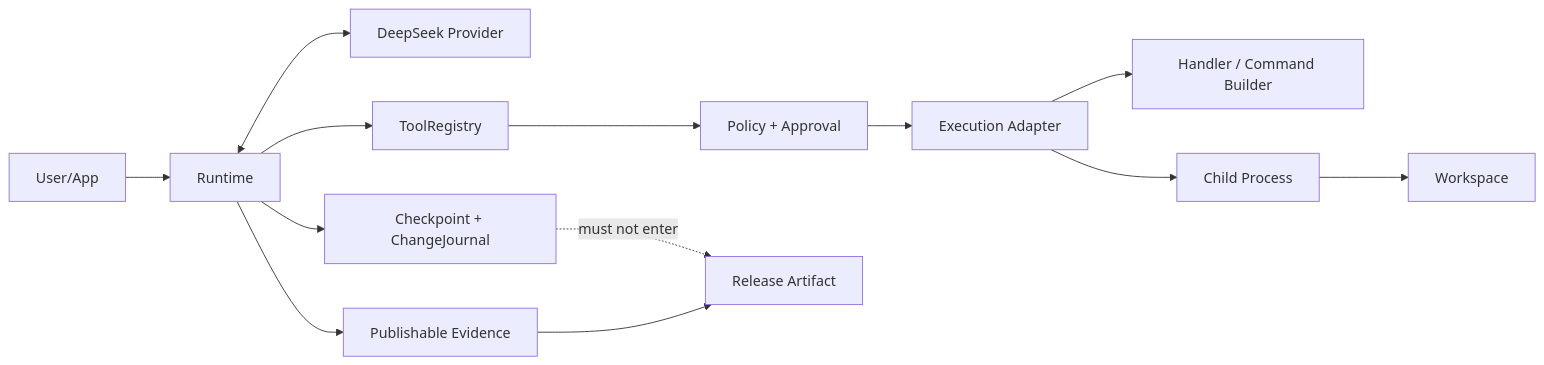
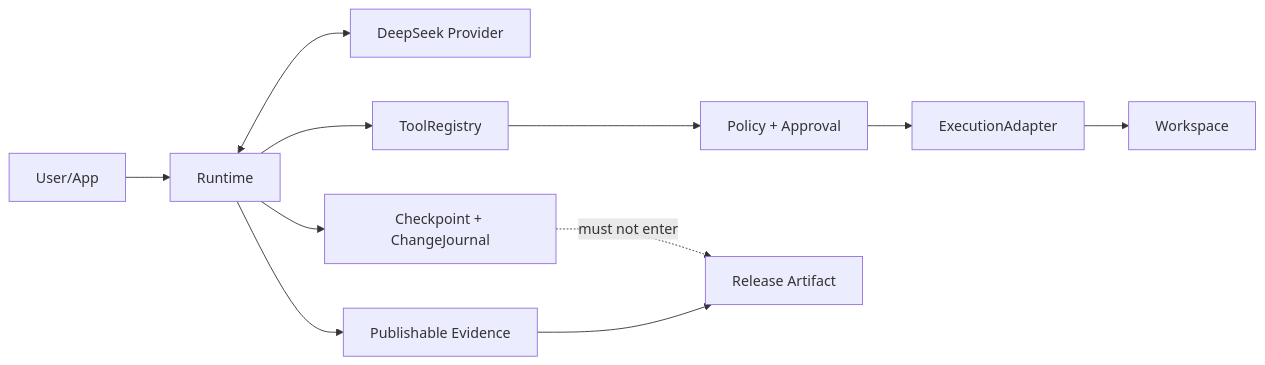
Before and after one commit to yuanchenglu/deepseek_runtime: the diagram in docs/security/threat-model.md, drawn with Mermaid. The commit also changed other lines of this file and 9 other files, not shown here.

First line of the commit message:
docs(roadmap): close M2-C and hand off M2-D

````diff
--- a/docs/security/threat-model.md
+++ b/docs/security/threat-model.md
@@ -83,28 +82,24 @@
 ```mermaid
 flowchart LR
     User[User/App]
     Runtime[Runtime]
     Provider[DeepSeek Provider]
     Registry[ToolRegistry]
     Policy[Policy + Approval]
-    Adapter[Execution Adapter]
-    Handler[Handler / Command Builder]
-    Child[Child Process]
+    Adapter[ExecutionAdapter]
     Workspace[Workspace]
     Store[Checkpoint + ChangeJournal]
     Evidence[Publishable Evidence]
     Artifact[Release Artifact]
 
     User --> Runtime
     Runtime <--> Provider
     Runtime --> Registry
     Registry --> Policy
     Policy --> Adapter
-    Adapter --> Handler
-    Adapter --> Child
-    Child --> Workspace
+    Adapter --> Workspace
     Runtime --> Store
     Runtime --> Evidence
     Store -. must not enter .-> Artifact
     Evidence --> Artifact
 ```
````
